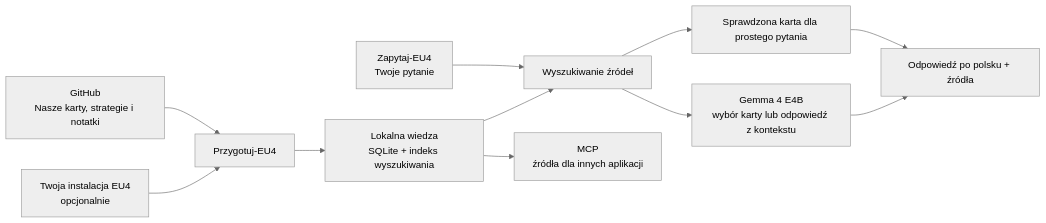
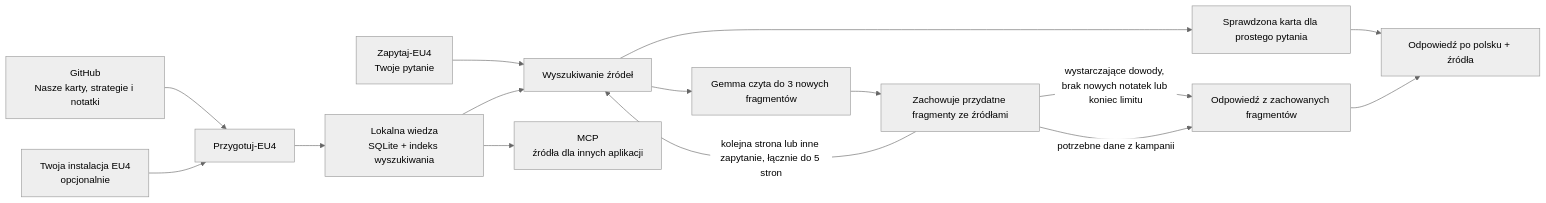
Before and after one commit to Aniolowie-Gabriela/Super-Joint-Engineering-Project: the diagram in docs/eu4-workflow.md, drawn with Mermaid (neutral theme). The commit also changed other lines of this file and 11 other files, not shown here.

```diff
--- a/docs/eu4-workflow.md
+++ b/docs/eu4-workflow.md
@@ -5,13 +5,17 @@
 ~~~mermaid
 flowchart LR
     R["GitHub<br/>Nasze karty, strategie i notatki"] --> P["Przygotuj-EU4"]
     G["Twoja instalacja EU4<br/>opcjonalnie"] --> P
     P --> B["Lokalna wiedza<br/>SQLite + indeks wyszukiwania"]
     Q["Zapytaj-EU4<br/>Twoje pytanie"] --> S["Wyszukiwanie źródeł"]
     B --> S
     S --> K["Sprawdzona karta dla prostego pytania"]
-    S --> M["Gemma 4 E4B<br/>wybór karty lub odpowiedź z kontekstu"]
+    S --> M["Gemma czyta do 3 nowych fragmentów"]
+    M --> E["Zachowuje przydatne fragmenty ze źródłami"]
+    E -->|"kolejna strona lub inne zapytanie, łącznie do 5 stron"| S
+    E -->|"wystarczające dowody, brak nowych notatek lub koniec limitu"| F["Odpowiedź z zachowanych fragmentów"]
+    E -->|"potrzebne dane z kampanii"| F
     K --> A["Odpowiedź po polsku + źródła"]
-    M --> A
+    F --> A
     B --> C["MCP<br/>źródła dla innych aplikacji"]
 ~~~
```
